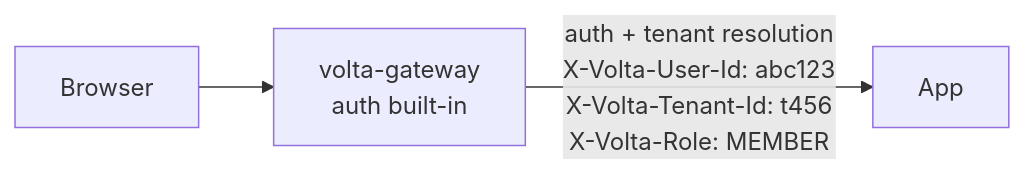
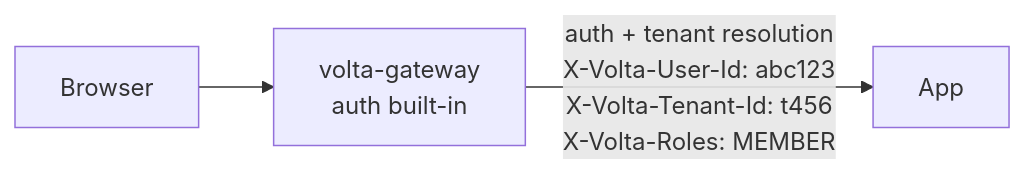
Before and after one commit to opaopa6969/volta-auth-proxy: the second of 14 diagrams in README.md, drawn with Mermaid. The commit also changed other lines of this file and 2 other files, not shown here.

First line of the commit message:
docs: sync auth-proxy docs with code (header name, tagline, state count)

````diff
--- a/README.md
+++ b/README.md
@@ -64,5 +64,5 @@
 ```mermaid
 flowchart LR
     Browser --> Gateway[volta-gateway<br/>auth built-in]
-    Gateway -->|auth + tenant resolution<br/>X-Volta-User-Id: abc123<br/>X-Volta-Tenant-Id: t456<br/>X-Volta-Role: MEMBER| App
+    Gateway -->|auth + tenant resolution<br/>X-Volta-User-Id: abc123<br/>X-Volta-Tenant-Id: t456<br/>X-Volta-Roles: MEMBER| App
 ```
````
